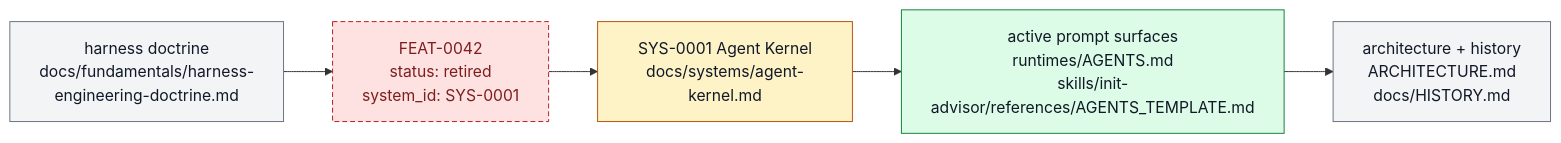
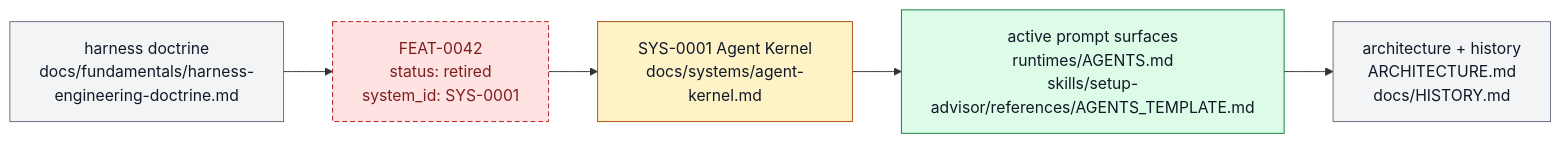
One commit to ZanarkandTechnologies/Farplane changed the diagram in docs/features/FEAT-0042-lean-global-agent-operating-kernel.md. Above: the diagram before and after it, drawn with Mermaid. The commit also changed other lines of this file and 647 other files, not shown here.

````diff
--- a/docs/features/FEAT-0042-lean-global-agent-operating-kernel.md
+++ b/docs/features/FEAT-0042-lean-global-agent-operating-kernel.md
@@ -91,15 +91,15 @@
 ```mermaid
 flowchart LR
   classDef keep fill:#f3f4f6,stroke:#6b7280,color:#111827
   classDef changed fill:#fef3c7,stroke:#b45309,color:#111827
   classDef added fill:#dcfce7,stroke:#15803d,color:#111827
   classDef retired fill:#fee2e2,stroke:#b91c1c,color:#7f1d1d,stroke-dasharray: 5 3
 
   doctrine["harness doctrine<br/>docs/fundamentals/harness-engineering-doctrine.md"]:::keep
   retired["FEAT-0042<br/>status: retired<br/>system_id: SYS-0001"]:::retired
   owner["SYS-0001 Agent Kernel<br/>docs/systems/agent-kernel.md"]:::changed
-  template["active prompt surfaces<br/>runtimes/AGENTS.md<br/>skills/init-advisor/references/AGENTS_TEMPLATE.md"]:::added
+  template["active prompt surfaces<br/>runtimes/AGENTS.md<br/>skills/setup-advisor/references/AGENTS_TEMPLATE.md"]:::added
   record["architecture + history<br/>ARCHITECTURE.md<br/>docs/HISTORY.md"]:::keep
 
   doctrine --> retired --> owner --> template --> record
 ```
````
